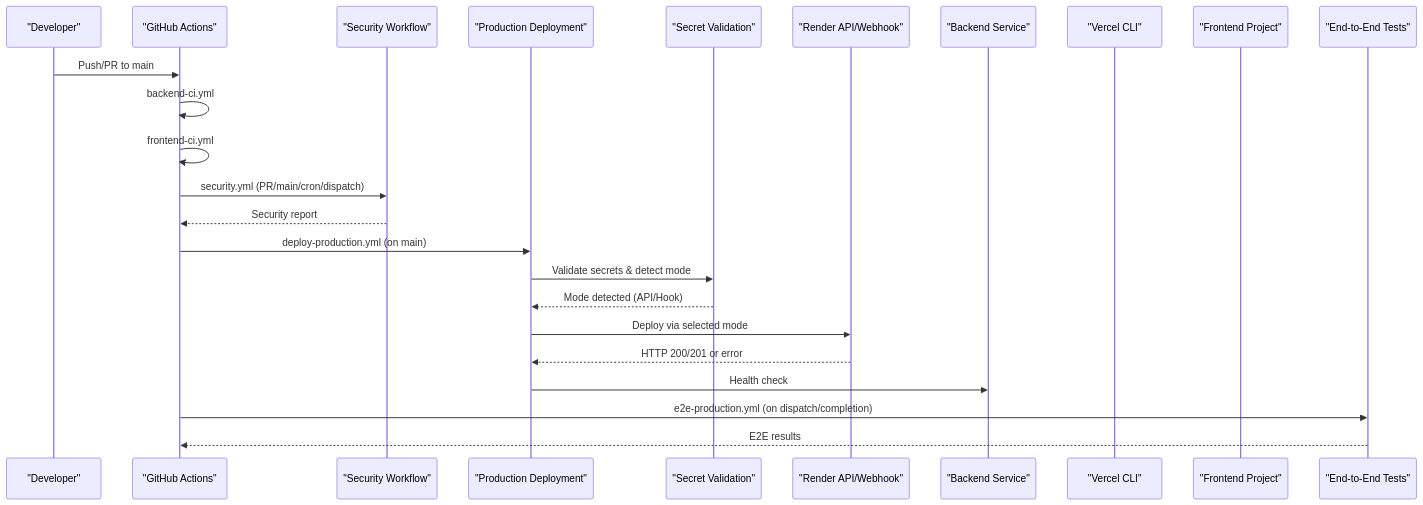
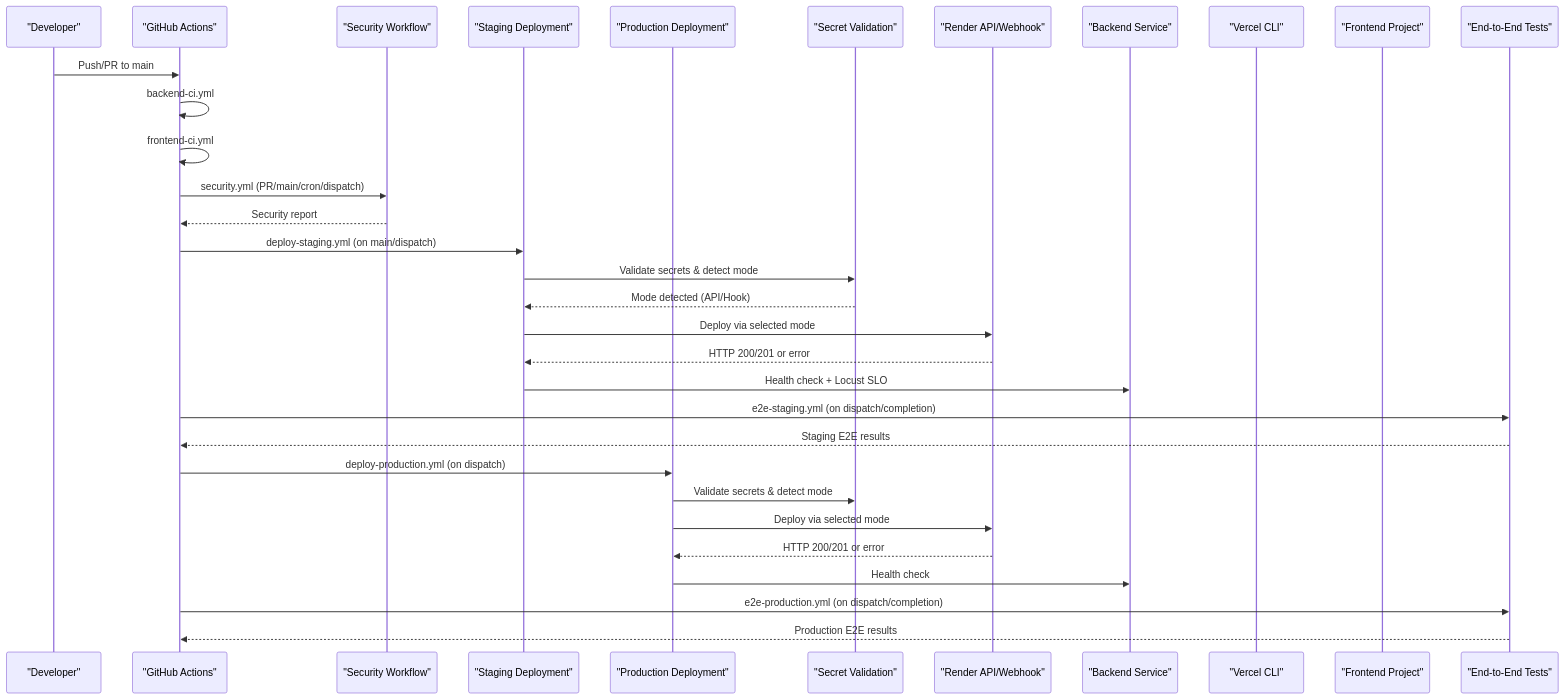
The second of 9 diagrams in .qoder/repowiki/en/content/Deployment & Operations/CI_CD Pipeline.md (rohitkumarnaidu/-Auto-AI-Automated-Academic-Docx-Manuscript-Formatter), drawn with Mermaid before and after one commit. The commit also changed other lines of this file and 6 other files, not shown here.

````diff
--- a/.qoder/repowiki/en/content/Deployment & Operations/CI_CD Pipeline.md
+++ b/.qoder/repowiki/en/content/Deployment & Operations/CI_CD Pipeline.md
@@ -140,26 +171,34 @@
 ```mermaid
 sequenceDiagram
 participant Dev as "Developer"
 participant GH as "GitHub Actions"
 participant Sec as "Security Workflow"
+participant Stage as "Staging Deployment"
 participant Prod as "Production Deployment"
 participant Preflight as "Secret Validation"
 participant Render as "Render API/Webhook"
 participant BE as "Backend Service"
 participant Vercel as "Vercel CLI"
 participant FE as "Frontend Project"
 participant E2E as "End-to-End Tests"
 Dev->>GH : Push/PR to main
 GH->>GH : backend-ci.yml
 GH->>GH : frontend-ci.yml
 GH->>Sec : security.yml (PR/main/cron/dispatch)
 Sec-->>GH : Security report
-GH->>Prod : deploy-production.yml (on main)
+GH->>Stage : deploy-staging.yml (on main/dispatch)
+Stage->>Preflight : Validate secrets & detect mode
+Preflight-->>Stage : Mode detected (API/Hook)
+Stage->>Render : Deploy via selected mode
+Render-->>Stage : HTTP 200/201 or error
+Stage->>BE : Health check + Locust SLO
+GH->>E2E : e2e-staging.yml (on dispatch/completion)
+E2E-->>GH : Staging E2E results
+GH->>Prod : deploy-production.yml (on dispatch)
 Prod->>Preflight : Validate secrets & detect mode
-Preflight-->>Prod : Mode detected (API/Hook)
 Prod->>Render : Deploy via selected mode
 Render-->>Prod : HTTP 200/201 or error
 Prod->>BE : Health check
 GH->>E2E : e2e-production.yml (on dispatch/completion)
-E2E-->>GH : E2E results
+E2E-->>GH : Production E2E results
 ```
````
